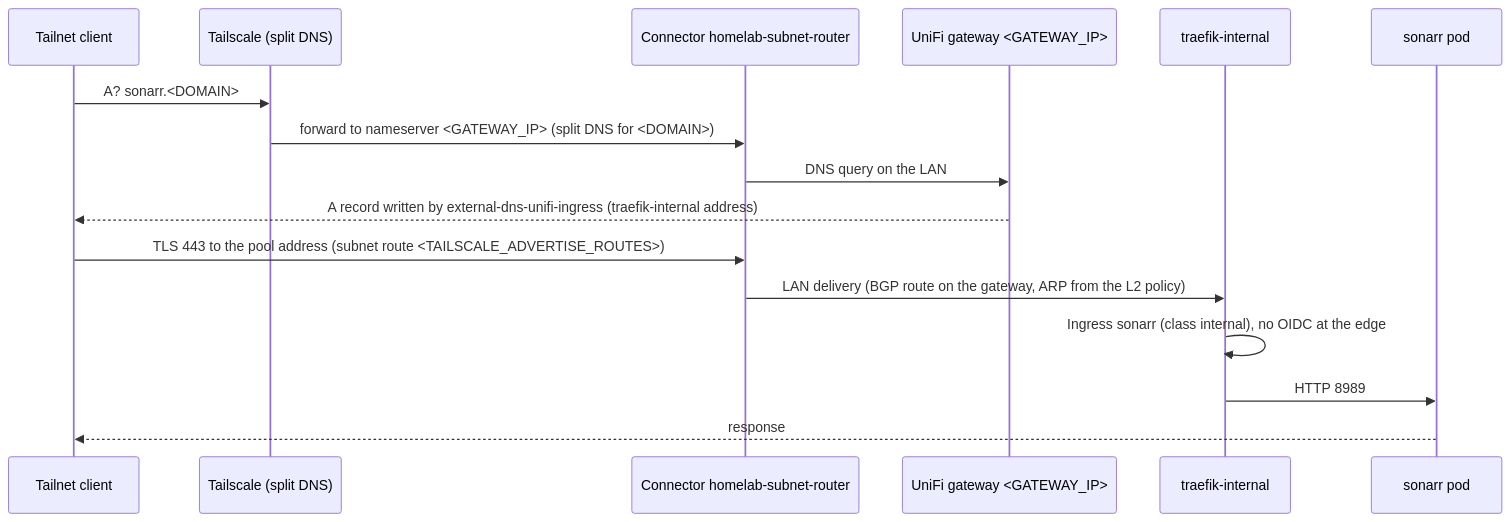
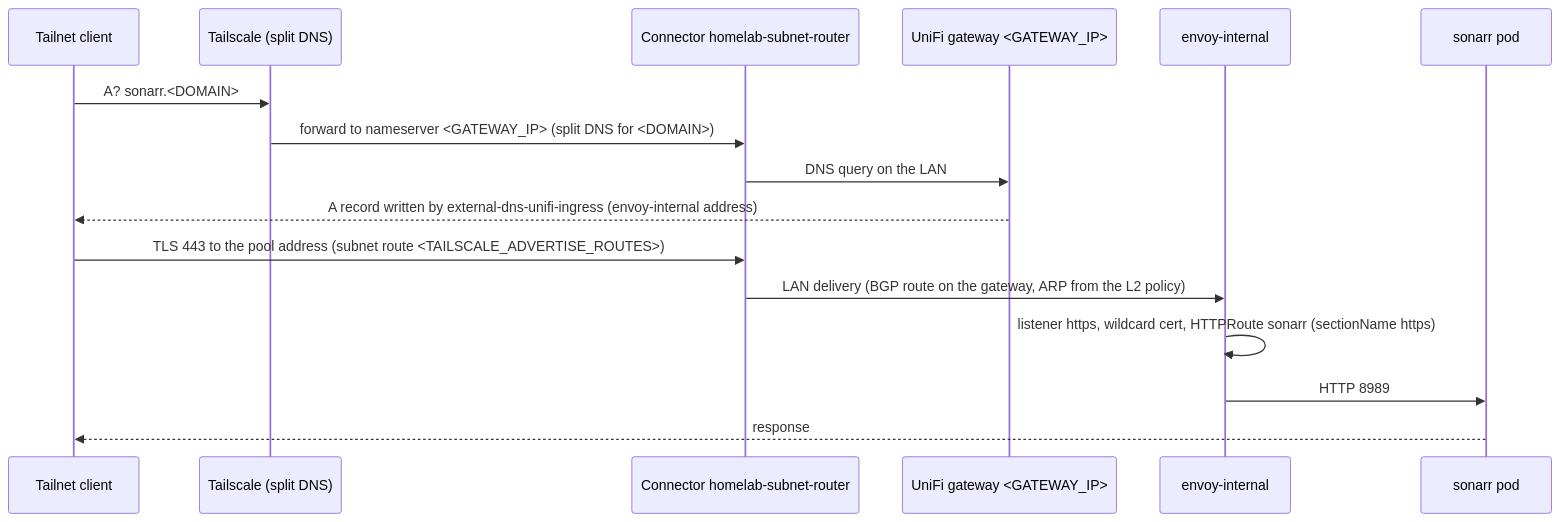
One commit to ryanmcafee/homelab changed the fourth of 4 diagrams in docs/networking.md. Above: the diagram before and after it, drawn with Mermaid. The commit also changed other lines of this file and 281 other files, not shown here.

````diff
--- a/docs/networking.md
+++ b/docs/networking.md
@@ -252,18 +349,18 @@
 ```mermaid
 sequenceDiagram
   participant C as Tailnet client
   participant TS as Tailscale (split DNS)
   participant SR as Connector homelab-subnet-router
   participant GW as UniFi gateway <GATEWAY_IP>
-  participant TI as traefik-internal
+  participant TI as envoy-internal
   participant S as sonarr pod
   C->>TS: A? sonarr.<DOMAIN>
   TS->>SR: forward to nameserver <GATEWAY_IP> (split DNS for <DOMAIN>)
   SR->>GW: DNS query on the LAN
-  GW-->>C: A record written by external-dns-unifi-ingress (traefik-internal address)
+  GW-->>C: A record written by external-dns-unifi-ingress (envoy-internal address)
   C->>SR: TLS 443 to the pool address (subnet route <TAILSCALE_ADVERTISE_ROUTES>)
   SR->>TI: LAN delivery (BGP route on the gateway, ARP from the L2 policy)
-  TI->>TI: Ingress sonarr (class internal), no OIDC at the edge
+  TI->>TI: listener https, wildcard cert, HTTPRoute sonarr (sectionName https)
   TI->>S: HTTP 8989
   S-->>C: response
 ```
````
